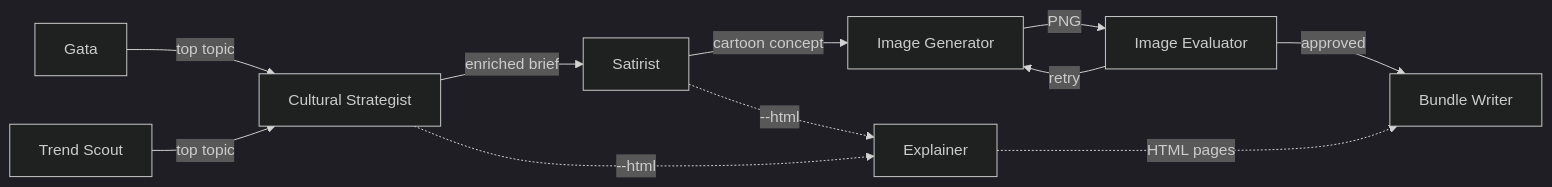
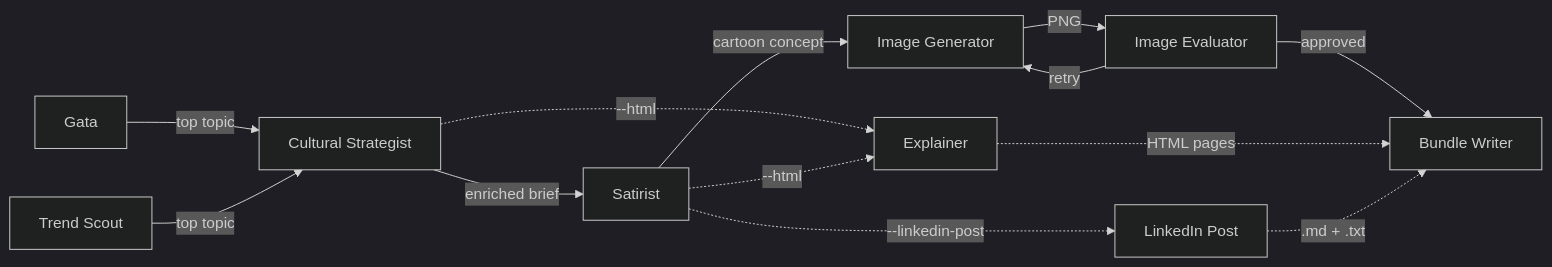
The first of 9 diagrams in docs/architecture.md (josemrsantos/gata), drawn with Mermaid (dark theme) before and after one commit. The commit also changed other lines of this file and 10 other files, not shown here.

First line of the commit message:
feat: spec 038 — LinkedIn Newsletter companion post via --linkedin-post (#15)

````diff
--- a/docs/architecture.md
+++ b/docs/architecture.md
@@ -11,22 +11,25 @@
 ```mermaid
 flowchart LR
     GT[Gata]
     TS[Trend Scout]
     CS[Cultural Strategist]
     SAT[Satirist]
     IG[Image Generator]
     IE[Image Evaluator]
     EX[Explainer]
+    LP[LinkedIn Post]
     BW[Bundle Writer]
 
     GT -->|top topic| CS
     TS -->|top topic| CS
     CS -->|enriched brief| SAT
     SAT -->|cartoon concept| IG
     IG -->|PNG| IE
     IE -->|retry| IG
     IE -->|approved| BW
     CS -.->|"--html"| EX
     SAT -.->|"--html"| EX
     EX -.->|HTML pages| BW
+    SAT -.->|"--linkedin-post"| LP
+    LP -.->|".md + .txt"| BW
 ```
````
